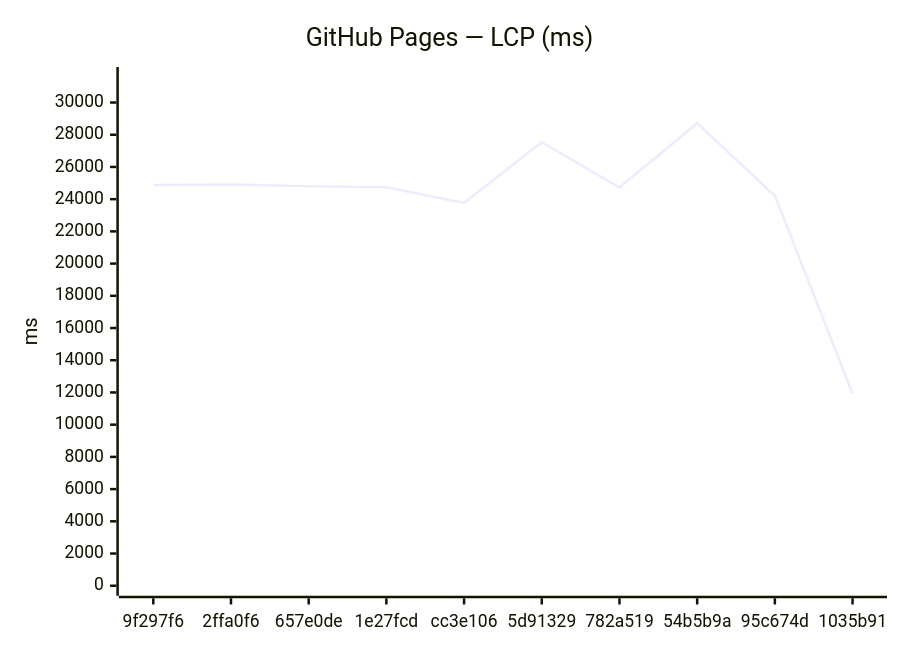
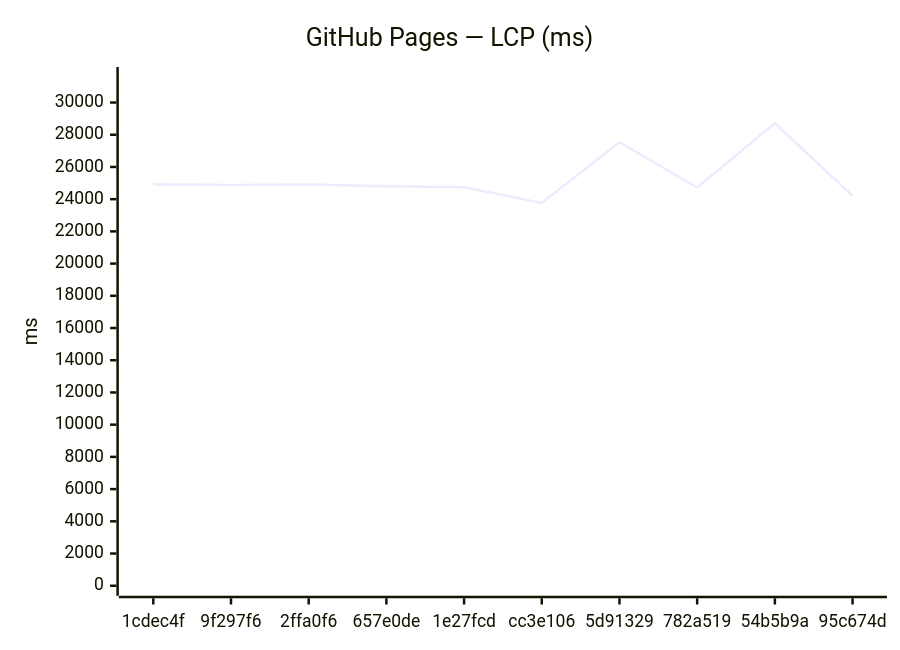
Before and after one commit to Metaheurist/Rianell: the third of 18 diagrams in benchmarks/compare.md, drawn with Mermaid. The commit also changed other lines of this file and 11 other files, not shown here.

````diff
--- a/benchmarks/compare.md
+++ b/benchmarks/compare.md
@@ -54,7 +54,7 @@
 ```mermaid
 xychart-beta
     title "GitHub Pages — LCP (ms)"
-    x-axis ["9f297f6", "2ffa0f6", "657e0de", "1e27fcd", "cc3e106", "5d91329", "782a519", "54b5b9a", "95c674d", "1035b91"]
+    x-axis ["1cdec4f", "9f297f6", "2ffa0f6", "657e0de", "1e27fcd", "cc3e106", "5d91329", "782a519", "54b5b9a", "95c674d"]
     y-axis "ms" 0 --> 31584
-    line [24873, 24910, 24797, 24744, 23765, 27536, 24725, 28712, 24213, 11936]
+    line [24933, 24873, 24910, 24797, 24744, 23765, 27536, 24725, 28712, 24213]
 ```
````
